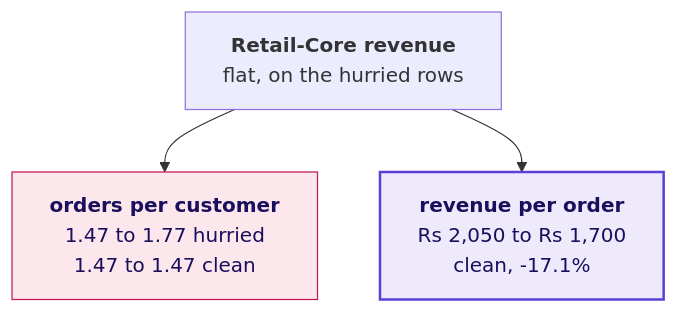
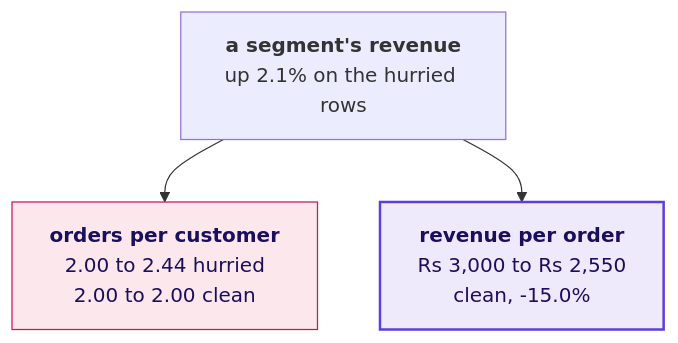
Before and after one commit to fde-academy-lab/c2-content-factory: the third of 9 diagrams in content/W01/D5/slides/C2_W01_D05_debrief_STUDENT.md, drawn with Mermaid. The commit also changed other lines of this file and 1 other file, not shown here.

First line of the commit message:
W01 D5: debrief deck shows every trap's mechanism on the invented export, labelled invented, and names no planted value; the lead tested on each customer's own two quarters, D29 states keep each customer's own two quarters together, option D run, terms explained, and each half sums to 20 minutes

````diff
--- a/content/W01/D5/slides/C2_W01_D05_debrief_STUDENT.md
+++ b/content/W01/D5/slides/C2_W01_D05_debrief_STUDENT.md
@@ -201,9 +213,9 @@
 ```mermaid
 flowchart TB
-    R["<b>Retail-Core revenue</b><br/>flat, on the hurried rows"] --> F["<b>orders per customer</b><br/>1.47 to 1.77 hurried<br/>1.47 to 1.47 clean"]
-    R --> B["<b>revenue per order</b><br/>Rs 2,050 to Rs 1,700<br/>clean, -17.1%"]
+    R["<b>a segment's revenue</b><br/>up 2.1% on the hurried rows"] --> F["<b>orders per customer</b><br/>2.00 to 2.44 hurried<br/>2.00 to 2.00 clean"]
+    R --> B["<b>revenue per order</b><br/>Rs 3,000 to Rs 2,550<br/>clean, -15.0%"]
     classDef bad fill:#FCE8EC,stroke:#C2185B,color:#1A0F5C
     classDef known fill:#EEEAFB,stroke:#5B3FD6,color:#1A0F5C,stroke-width:2px
     class F bad
     class B known
 ```
````
